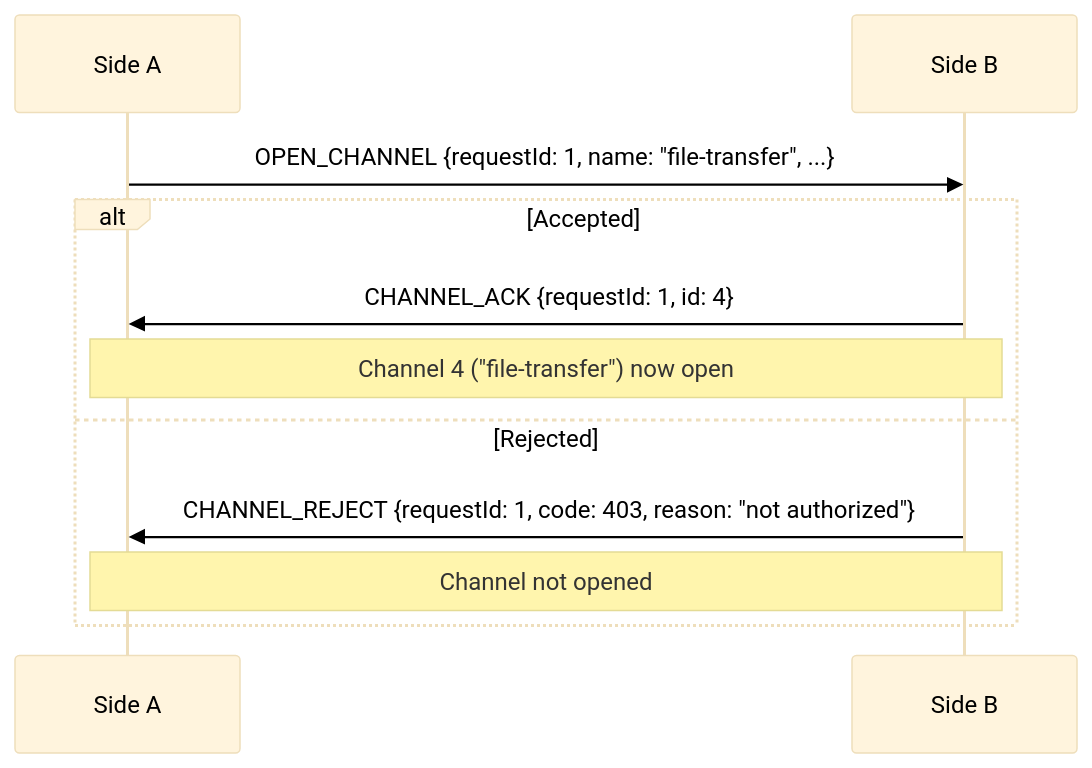
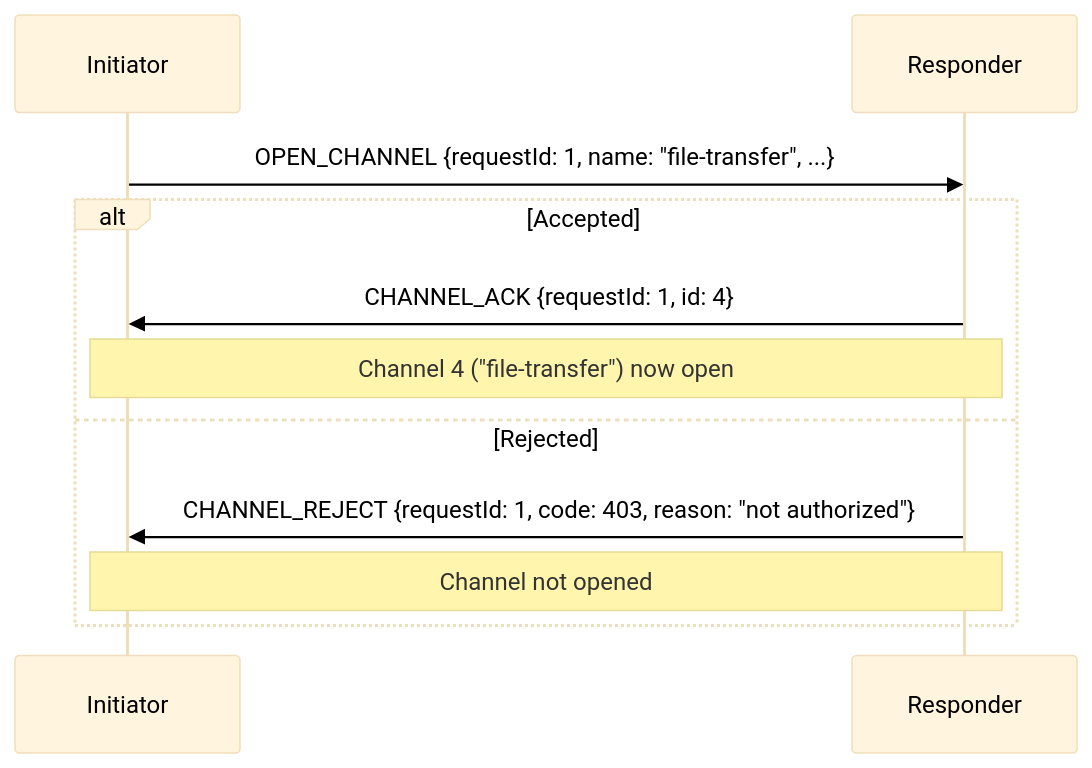
The ninth of 16 diagrams in README.md (deftai/xumux), drawn with Mermaid before and after one commit. The commit also changed other lines of this file and 6 other files, not shown here.

````diff
--- a/README.md
+++ b/README.md
@@ -424,16 +424,16 @@
 ```mermaid
 %%{init: {'theme': 'base', 'themeVariables': {'primaryTextColor': '#000', 'lineColor': '#333'}}}%%
 sequenceDiagram
-    participant A as Side A
-    participant B as Side B
+    participant I as Initiator
+    participant R as Responder
 
-    A->>B: OPEN_CHANNEL {requestId: 1, name: "file-transfer", ...}
+    I->>R: OPEN_CHANNEL {requestId: 1, name: "file-transfer", ...}
 
     alt Accepted
-        B->>A: CHANNEL_ACK {requestId: 1, id: 4}
-        Note over A,B: Channel 4 ("file-transfer") now open
+        R->>I: CHANNEL_ACK {requestId: 1, id: 4}
+        Note over I,R: Channel 4 ("file-transfer") now open
     else Rejected
-        B->>A: CHANNEL_REJECT {requestId: 1, code: 403, reason: "not authorized"}
-        Note over A,B: Channel not opened
+        R->>I: CHANNEL_REJECT {requestId: 1, code: 403, reason: "not authorized"}
+        Note over I,R: Channel not opened
     end
 ```
````
